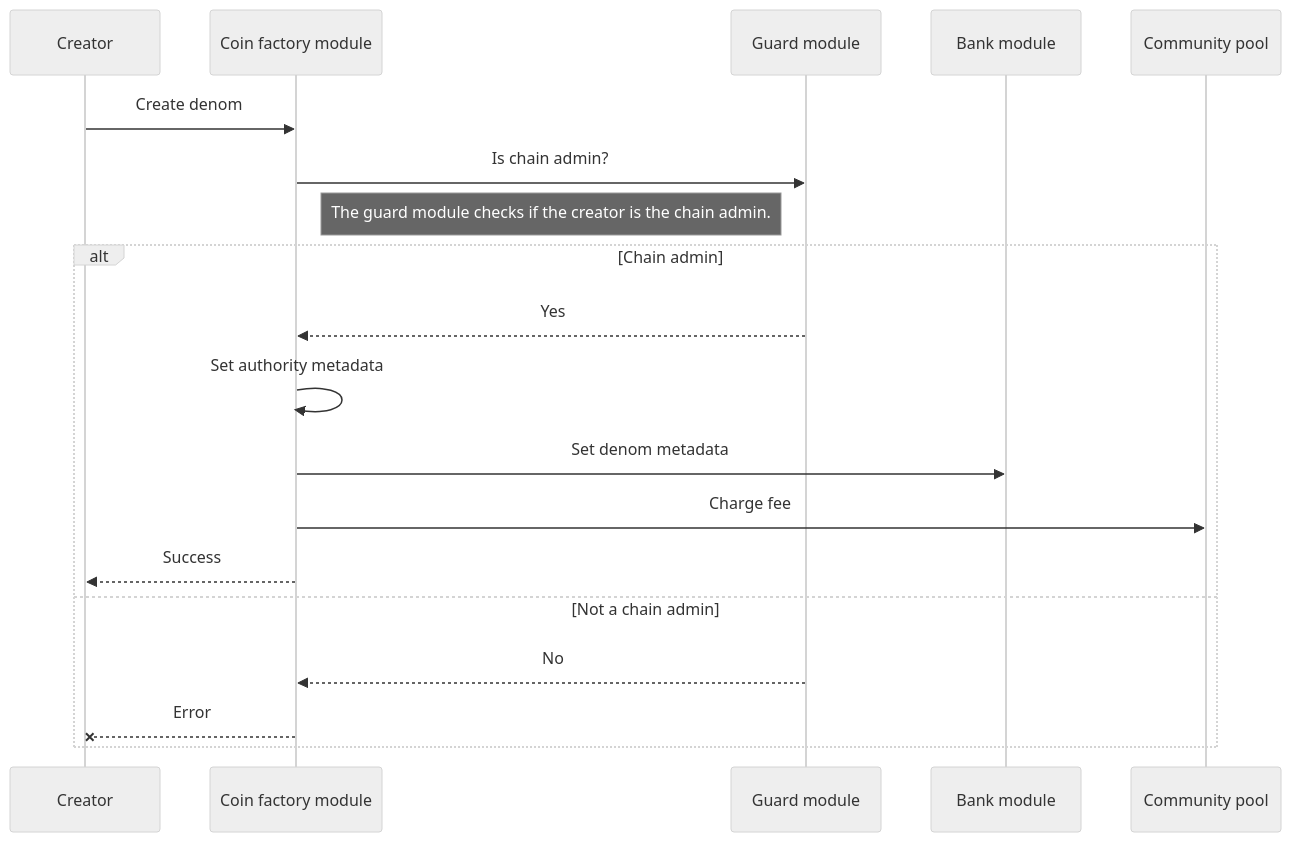
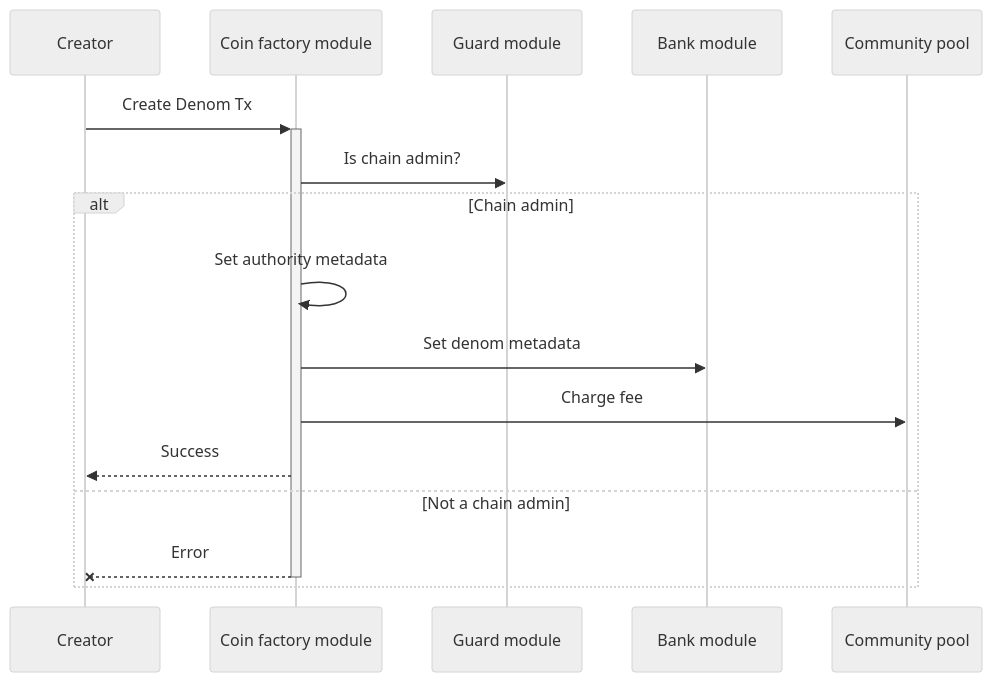
Before and after one commit to MANTRA-Chain/mantrachain: the first of 6 diagrams in x/coinfactory/spec/01_txs_flows.md, drawn with Mermaid (neutral theme). The commit also changed other lines of this file and 12 other files, not shown here.

Commit message:
docs: add update txs flows docs

````diff
--- a/x/coinfactory/spec/01_txs_flows.md
+++ b/x/coinfactory/spec/01_txs_flows.md
@@ -7,16 +7,13 @@
 ```mermaid
 sequenceDiagram
-Creator ->> Coin factory module: Create denom
+Creator->>+Coin factory module: Create Denom Tx
 Coin factory module->>Guard module: Is chain admin?
-Note left of Guard module: The guard module checks if the creator is the chain admin.
 alt Chain admin
-  Guard module-->>Coin factory module: Yes
   Coin factory module->>Coin factory module: Set authority metadata
   Coin factory module->>Bank module: Set denom metadata
   Coin factory module->>Community pool: Charge fee
-  Coin factory module-->> Creator: Success
+  Coin factory module-->>Creator: Success
 else Not a chain admin
-  Guard module-->>Coin factory module: No
-  Coin factory module--x Creator: Error
+  Coin factory module--x-Creator: Error
 end
 ```
````
